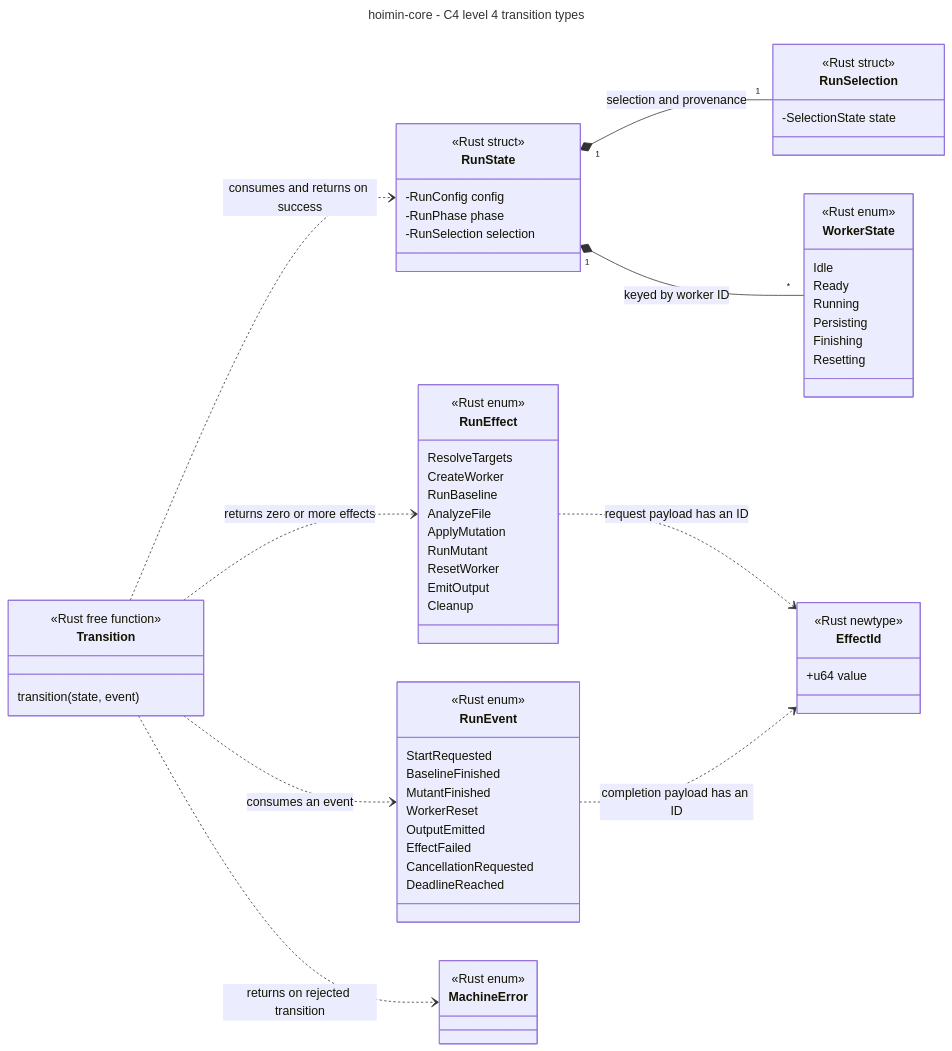
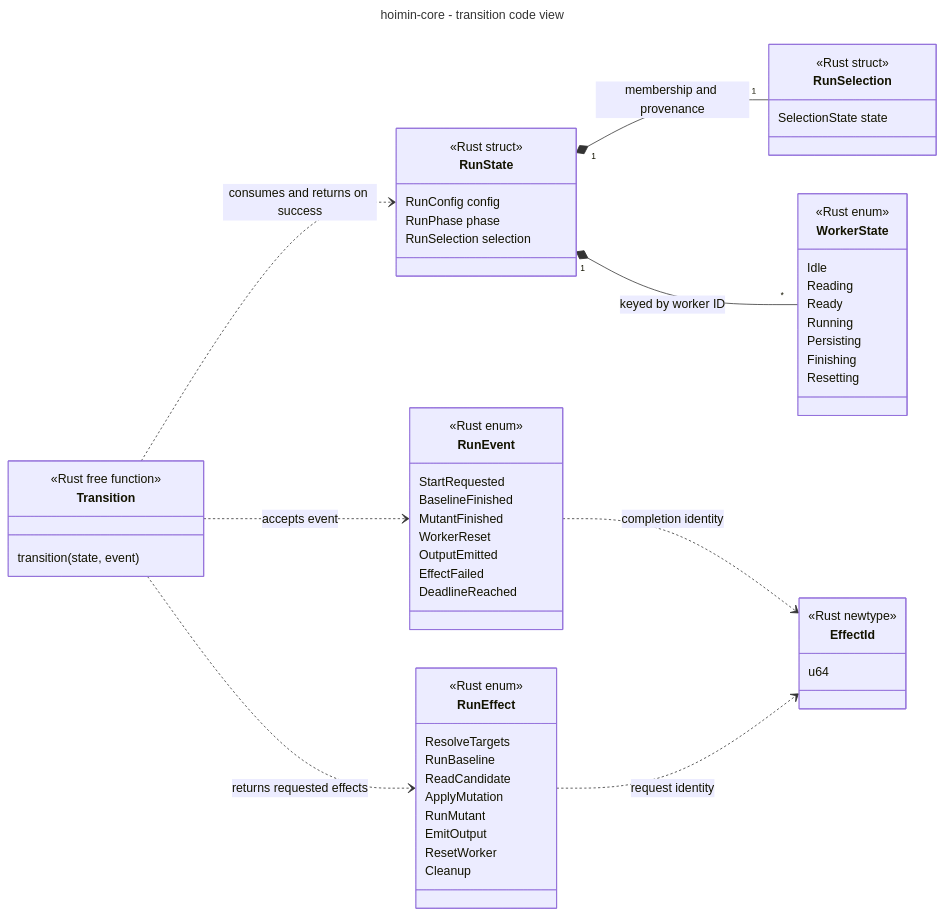
One commit to HayaoSuzuki/hoimin changed the fifth of 6 diagrams in docs/architecture/c4-model.md. Above: the diagram before and after it, drawn with Mermaid. The commit also changed other lines of this file and 45 other files, not shown here.

````diff
--- a/docs/architecture/c4-model.md
+++ b/docs/architecture/c4-model.md
@@ -324,68 +375,63 @@
 ```mermaid
 ---
-title: hoimin-core - C4 level 4 transition types
+title: hoimin-core - transition code view
 ---
 classDiagram
     direction LR
     class RunState {
         <<Rust struct>>
-        -RunConfig config
-        -RunPhase phase
-        -RunSelection selection
+        RunConfig config
+        RunPhase phase
+        RunSelection selection
     }
     class RunSelection {
         <<Rust struct>>
-        -SelectionState state
+        SelectionState state
     }
     class WorkerState {
         <<Rust enum>>
         Idle
+        Reading
         Ready
         Running
         Persisting
         Finishing
         Resetting
     }
     class RunEvent {
         <<Rust enum>>
         StartRequested
         BaselineFinished
         MutantFinished
         WorkerReset
         OutputEmitted
         EffectFailed
-        CancellationRequested
         DeadlineReached
     }
     class RunEffect {
         <<Rust enum>>
         ResolveTargets
-        CreateWorker
         RunBaseline
-        AnalyzeFile
+        ReadCandidate
         ApplyMutation
         RunMutant
+        EmitOutput
         ResetWorker
-        EmitOutput
         Cleanup
     }
     class EffectId {
         <<Rust newtype>>
-        +u64 value
+        u64
     }
     class Transition {
         <<Rust free function>>
         transition(state, event)
     }
-    class MachineError {
-        <<Rust enum>>
-    }
-    RunState "1" *-- "1" RunSelection : selection and provenance
+    RunState "1" *-- "1" RunSelection : membership and provenance
     RunState "1" *-- "*" WorkerState : keyed by worker ID
     Transition ..> RunState : consumes and returns on success
-    Transition ..> RunEvent : consumes an event
-    Transition ..> RunEffect : returns zero or more effects
-    Transition ..> MachineError : returns on rejected transition
-    RunEffect ..> EffectId : request payload has an ID
-    RunEvent ..> EffectId : completion payload has an ID
+    Transition ..> RunEvent : accepts event
+    Transition ..> RunEffect : returns requested effects
+    RunEvent ..> EffectId : completion identity
+    RunEffect ..> EffectId : request identity
 ```
````
